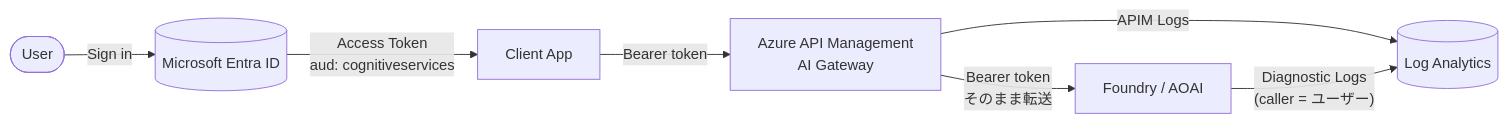
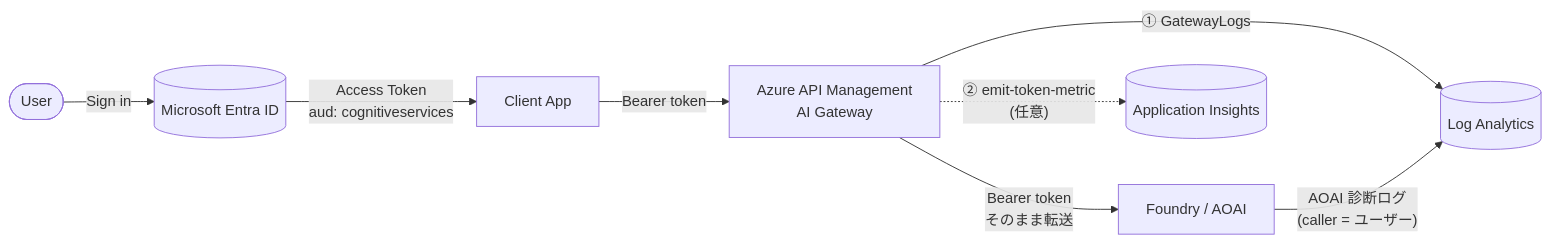
Before and after one commit to h-morozumi/foundry-usage-tracking-patterns: the second of 9 diagrams in README.md, drawn with Mermaid. The commit also changed other lines of this file, not shown here.

Commit message:
fix: Update README to clarify AOAI diagnostic logs and logging patterns

````diff
--- a/README.md
+++ b/README.md
@@ -128,16 +130,18 @@
 ```mermaid
 flowchart LR
     User([User])
     App[Client App]
     Entra[(Microsoft Entra ID)]
     APIM[Azure API Management<br/>AI Gateway]
     Foundry[Foundry / AOAI]
     LA[(Log Analytics)]
+    AI[(Application Insights)]
 
     User -->|Sign in| Entra
     Entra -->|"Access Token<br/>aud: cognitiveservices"| App
     App -->|Bearer token| APIM
     APIM -->|Bearer token<br/>そのまま転送| Foundry
-    APIM -->|APIM Logs| LA
-    Foundry -->|"Diagnostic Logs<br/>(caller = ユーザー)"| LA
+    APIM -->|"① GatewayLogs"| LA
+    APIM -.->|"② emit-token-metric<br/>(任意)"| AI
+    Foundry -->|"AOAI 診断ログ<br/>(caller = ユーザー)"| LA
 ```
````
